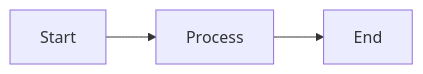
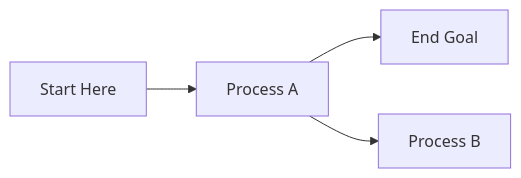
The first of 3 diagrams in README.md (tariqshams/mermaidtui), drawn with Mermaid before and after one commit. The commit also changed other lines of this file and 9 other files, not shown here.

````diff
--- a/README.md
+++ b/README.md
@@ -20,5 +20,5 @@
 ```mermaid
 flowchart LR
-    A[Start] --> B[Process]
-    B --> C[End]
+    A[Start Here] --> B[Process A] --> C[End Goal]
+    B --> D[Process B]
 ```
````
